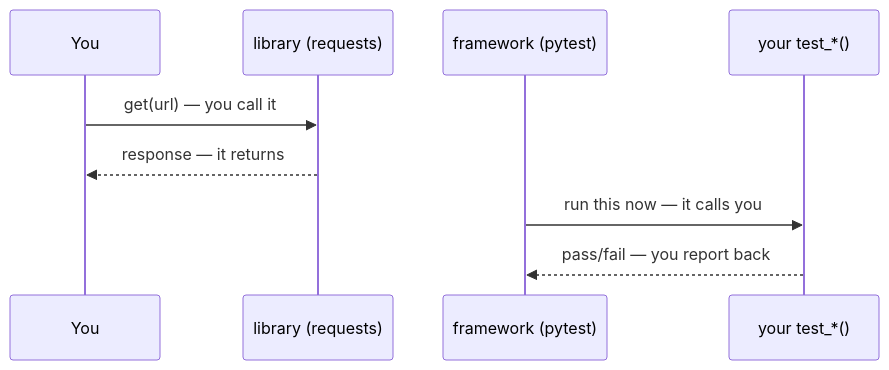
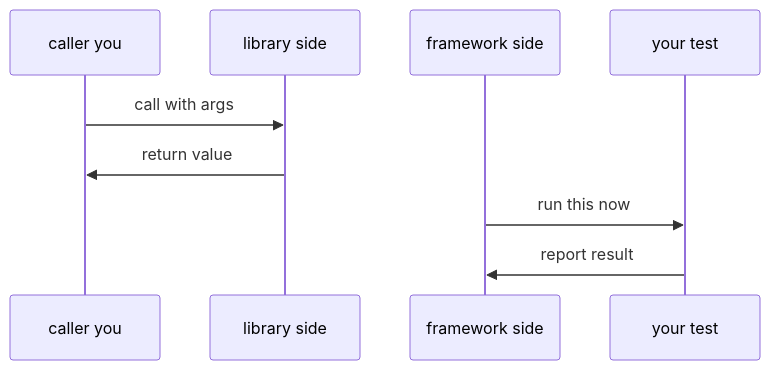
Before and after one commit to AslamNazeerShaikh/Python-Material: the fourth of 5 diagrams in docs/learning/01-modules-packages.md, drawn with Mermaid. The commit also changed other lines of this file and 16 other files, not shown here.

Commit message:
docs(learning): rebuild all mermaid in safe subset

````diff
--- a/docs/learning/01-modules-packages.md
+++ b/docs/learning/01-modules-packages.md
@@ -258,11 +254,11 @@
 ```mermaid
 sequenceDiagram
-    participant You
-    participant Lib as library (requests)
-    You->>Lib: get(url) — you call it
-    Lib-->>You: response — it returns
-    participant FW as framework (pytest)
-    participant Test as your test_*()
-    FW->>Test: run this now — it calls you
-    Test-->>FW: pass/fail — you report back
+    participant You as caller you
+    participant Lib as library side
+    participant FW as framework side
+    participant Test as your test
+    You->>Lib: call with args
+    Lib->>You: return value
+    FW->>Test: run this now
+    Test->>FW: report result
 ```
````
